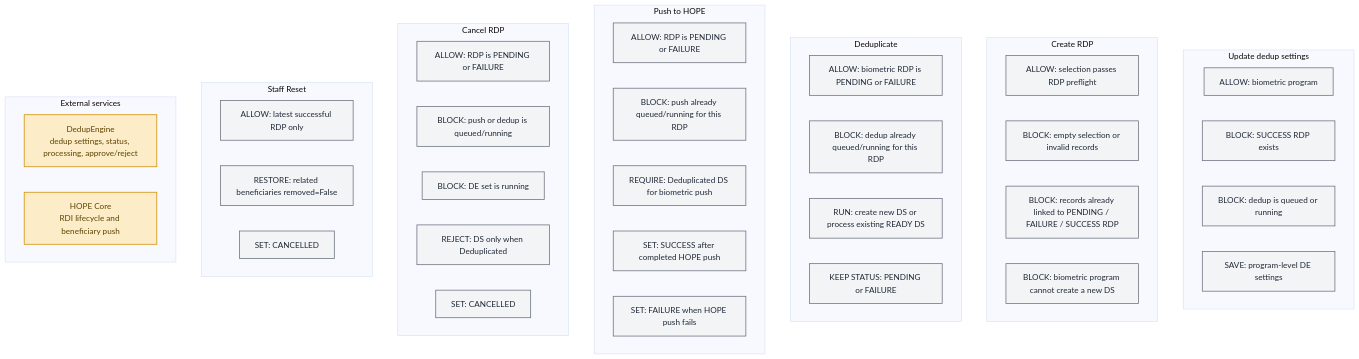
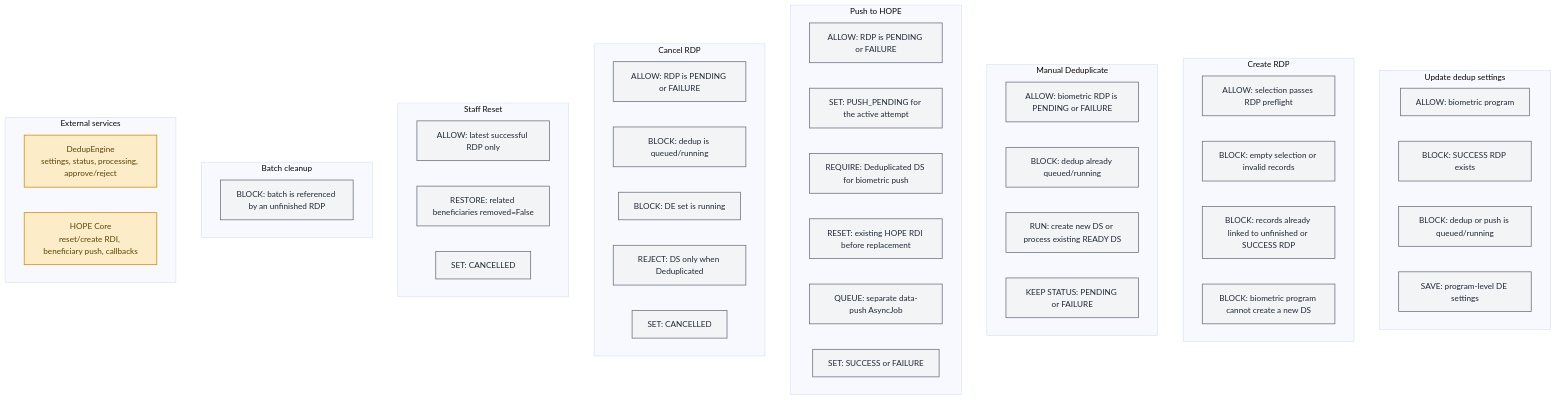
The third of 3 diagrams in docs/src/flows/rdp_lifecycle.md (unicef/hope-country-workspace), drawn with Mermaid (base theme) before and after one commit. The commit also changed other lines of this file, not shown here.

Commit message:
update rdp lifecycle docs

````diff
--- a/docs/src/flows/rdp_lifecycle.md
+++ b/docs/src/flows/rdp_lifecycle.md
@@ -133,56 +164,61 @@
 ```mermaid
 flowchart TB
     subgraph SETTINGS["Update dedup settings"]
         S1["ALLOW: biometric program"]
         S2["BLOCK: SUCCESS RDP exists"]
-        S3["BLOCK: dedup is queued or running"]
+        S3["BLOCK: dedup or push is queued/running"]
         S4["SAVE: program-level DE settings"]
     end
 
     subgraph CREATE["Create RDP"]
         C1["ALLOW: selection passes RDP preflight"]
         C2["BLOCK: empty selection or invalid records"]
-        C3["BLOCK: records already linked to PENDING / FAILURE / SUCCESS RDP"]
+        C3["BLOCK: records already linked to unfinished or SUCCESS RDP"]
         C4["BLOCK: biometric program cannot create a new DS"]
     end
 
-    subgraph DEDUP["Deduplicate"]
+    subgraph DEDUP["Manual Deduplicate"]
         D1["ALLOW: biometric RDP is PENDING or FAILURE"]
-        D2["BLOCK: dedup already queued/running for this RDP"]
+        D2["BLOCK: dedup already queued/running"]
         D3["RUN: create new DS or process existing READY DS"]
         D4["KEEP STATUS: PENDING or FAILURE"]
     end
 
     subgraph PUSH["Push to HOPE"]
         P1["ALLOW: RDP is PENDING or FAILURE"]
-        P2["BLOCK: push already queued/running for this RDP"]
+        P2["SET: PUSH_PENDING for the active attempt"]
         P3["REQUIRE: Deduplicated DS for biometric push"]
-        P4["SET: SUCCESS after completed HOPE push"]
-        P5["SET: FAILURE when HOPE push fails"]
+        P4["RESET: existing HOPE RDI before replacement"]
+        P5["QUEUE: separate data-push AsyncJob"]
+        P6["SET: SUCCESS or FAILURE"]
     end
 
     subgraph CANCEL["Cancel RDP"]
         X1["ALLOW: RDP is PENDING or FAILURE"]
-        X2["BLOCK: push or dedup is queued/running"]
+        X2["BLOCK: dedup is queued/running"]
         X3["BLOCK: DE set is running"]
         X4["REJECT: DS only when Deduplicated"]
         X5["SET: CANCELLED"]
     end
 
     subgraph RESET["Staff Reset"]
         R1["ALLOW: latest successful RDP only"]
         R2["RESTORE: related beneficiaries removed=False"]
         R3["SET: CANCELLED"]
     end
 
+    subgraph CLEANUP["Batch cleanup"]
+        B1["BLOCK: batch is referenced by an unfinished RDP"]
+    end
+
     subgraph SERVICES["External services"]
-        DE_API["DedupEngine<br>dedup settings, status, processing, approve/reject"]
-        HOPE_API["HOPE Core<br>RDI lifecycle and beneficiary push"]
+        DE_API["DedupEngine<br>settings, status, processing, approve/reject"]
+        HOPE_API["HOPE Core<br>reset/create RDI, beneficiary push, callbacks"]
     end
 
     classDef rule fill:#F3F4F6,stroke:#6B7280,stroke-width:1.5px,color:#1F2937;
     classDef external fill:#FDECC8,stroke:#D18F00,stroke-width:1.5px,color:#5C4400;
 
-    class S1,S2,S3,S4,C1,C2,C3,C4,D1,D2,D3,D4,P1,P2,P3,P4,P5,X1,X2,X3,X4,X5,R1,R2,R3 rule;
+    class S1,S2,S3,S4,C1,C2,C3,C4,D1,D2,D3,D4,P1,P2,P3,P4,P5,P6,X1,X2,X3,X4,X5,R1,R2,R3,B1 rule;
     class DE_API,HOPE_API external;
 ```
````
